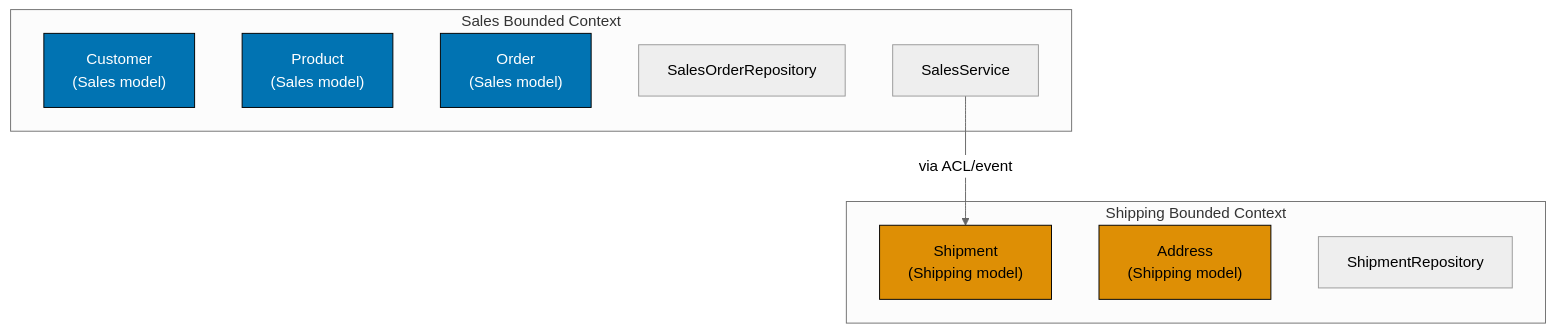
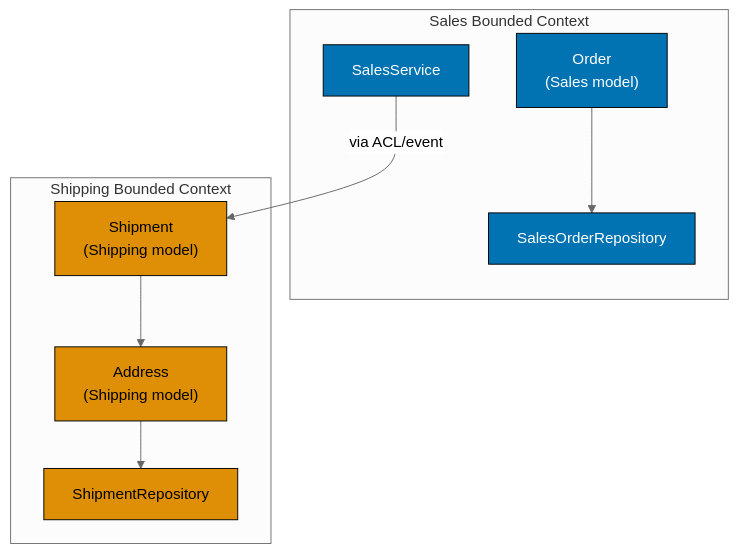
One commit to wahidyankf/open-sharia-enterprise changed the second of 11 diagrams in apps/ayokoding-web/content/en/learn/software-engineering/architecture/domain-driven-design-ddd/by-example/intermediate.md. Above: the diagram before and after it, drawn with Mermaid (neutral theme). The commit also changed other lines of this file and 16 other files, not shown here.

First line of the commit message:
fix(content): fix 46 pre-existing Mermaid violations in tutorial files

````diff
--- a/apps/ayokoding-web/content/en/learn/software-engineering/architecture/domain-driven-design-ddd/by-example/intermediate.md
+++ b/apps/ayokoding-web/content/en/learn/software-engineering/architecture/domain-driven-design-ddd/by-example/intermediate.md
@@ -57,24 +57,26 @@
 ```mermaid
 %% Color Palette: Blue #0173B2, Orange #DE8F05, Teal #029E73, Purple #CC78BC, Brown #CA9161
 graph TD
     subgraph SalesContext[Sales Bounded Context]
-        A["Customer\n(Sales model)"]
-        B["Product\n(Sales model)"]
+        E["SalesService"]
         C["Order\n(Sales model)"]
         D["SalesOrderRepository"]
-        E["SalesService"]
     end
     subgraph ShippingContext[Shipping Bounded Context]
         F["Shipment\n(Shipping model)"]
         G["Address\n(Shipping model)"]
         H["ShipmentRepository"]
     end
 
-    E -->|via ACL/event| F
+    E -- via ACL/event --> F
+    C --> D
+    F --> G
+    G --> H
 
-    style A fill:#0173B2,stroke:#000,color:#fff
-    style B fill:#0173B2,stroke:#000,color:#fff
+    style E fill:#0173B2,stroke:#000,color:#fff
     style C fill:#0173B2,stroke:#000,color:#fff
+    style D fill:#0173B2,stroke:#000,color:#fff
     style F fill:#DE8F05,stroke:#000,color:#000
     style G fill:#DE8F05,stroke:#000,color:#000
+    style H fill:#DE8F05,stroke:#000,color:#000
 ```
````
